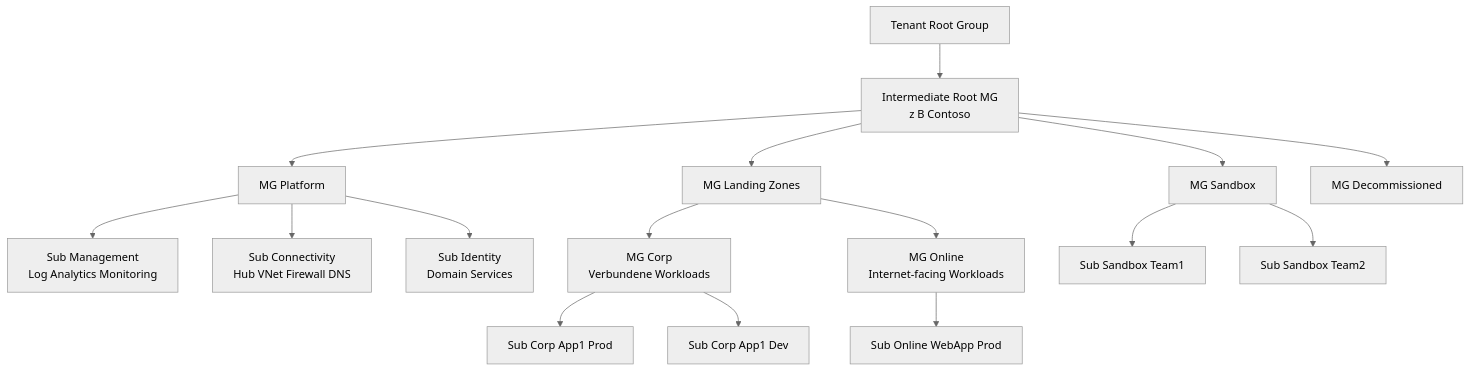
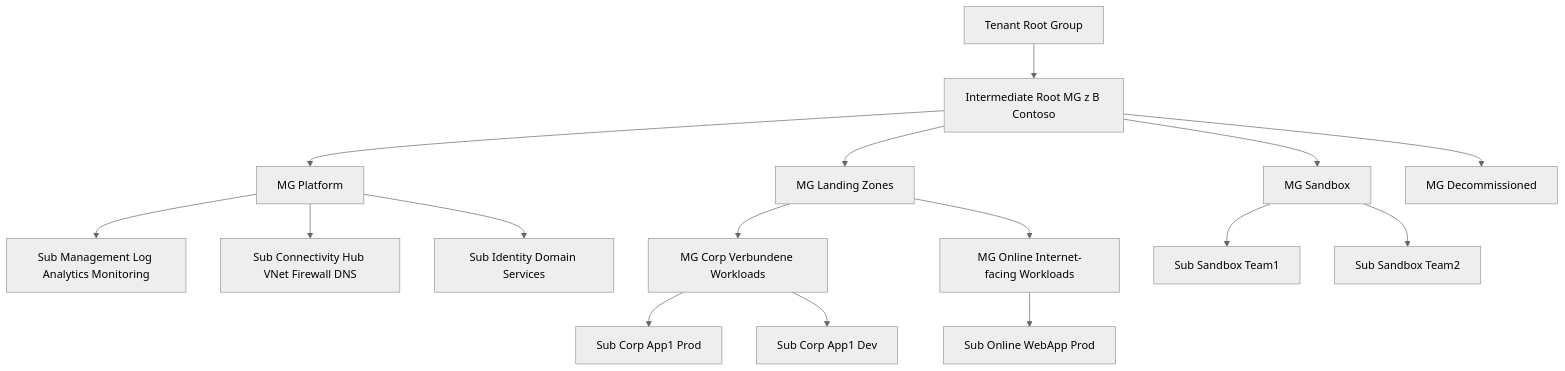
One commit to SoniiiT/notes-n-docs changed the second of 3 diagrams in Microsoft 365/Azure/Grundlagen/Azure Landing Zones.md. Above: the diagram before and after it, drawn with Mermaid (neutral theme). The commit also changed other lines of this file and 124 other files, not shown here.

First line of the commit message:
fix: Entferne \n aus allen Mermaid-Diagrammen (125 Dateien)

````diff
--- a/Microsoft 365/Azure/Grundlagen/Azure Landing Zones.md
+++ b/Microsoft 365/Azure/Grundlagen/Azure Landing Zones.md
@@ -70,18 +70,18 @@
 ```mermaid
 graph TD
-    ROOT[Tenant Root Group] --> INTER[Intermediate Root MG\nz B Contoso]
+    ROOT[Tenant Root Group] --> INTER[Intermediate Root MG z B Contoso]
     INTER --> PLATFORM[MG Platform]
     INTER --> LZ[MG Landing Zones]
     INTER --> SANDBOX[MG Sandbox]
     INTER --> DECOMM[MG Decommissioned]
-    PLATFORM --> MGMT[Sub Management\nLog Analytics Monitoring]
-    PLATFORM --> CONN[Sub Connectivity\nHub VNet Firewall DNS]
-    PLATFORM --> IDENT[Sub Identity\nDomain Services]
-    LZ --> CORP[MG Corp\nVerbundene Workloads]
-    LZ --> ONLINE[MG Online\nInternet-facing Workloads]
+    PLATFORM --> MGMT[Sub Management Log Analytics Monitoring]
+    PLATFORM --> CONN[Sub Connectivity Hub VNet Firewall DNS]
+    PLATFORM --> IDENT[Sub Identity Domain Services]
+    LZ --> CORP[MG Corp Verbundene Workloads]
+    LZ --> ONLINE[MG Online Internet-facing Workloads]
     CORP --> CORP1[Sub Corp App1 Prod]
     CORP --> CORP2[Sub Corp App1 Dev]
     ONLINE --> ON1[Sub Online WebApp Prod]
     SANDBOX --> SAND1[Sub Sandbox Team1]
     SANDBOX --> SAND2[Sub Sandbox Team2]
 ```
````
